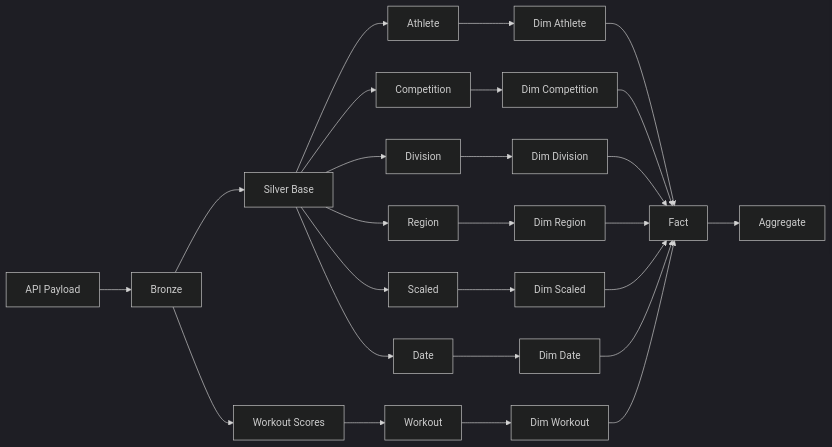
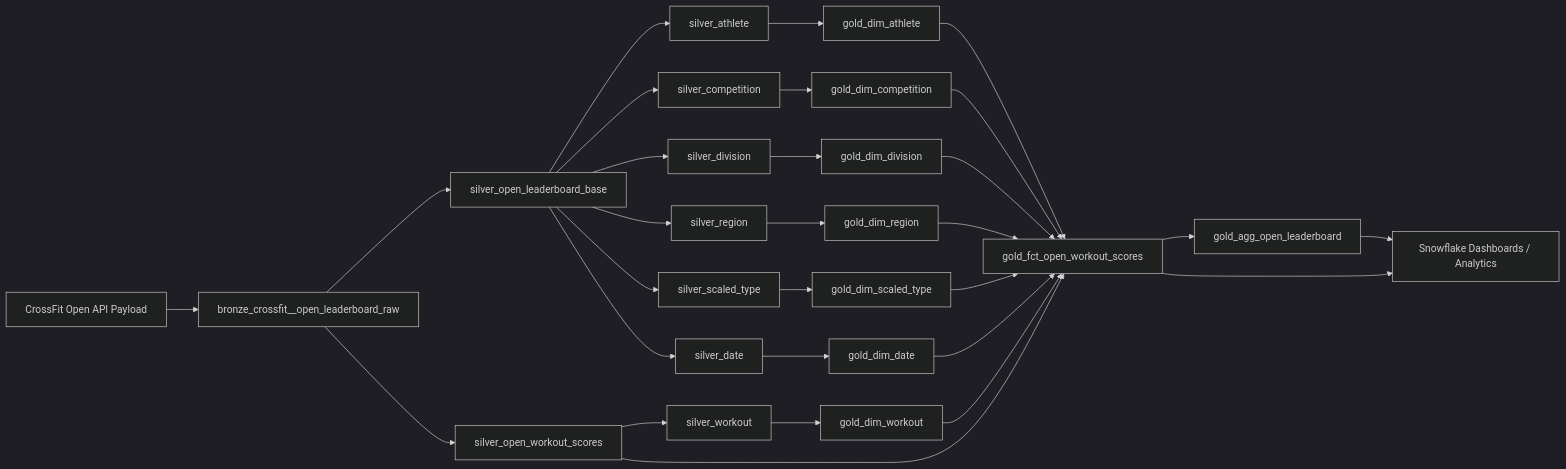
The diagram in dbt/crossfit/README.md (mdodom2/crossfit-open-analytics), drawn with Mermaid (dark theme) before and after one commit. The commit also changed other lines of this file, not shown here.

Commit message:
Update mermaid diagram / flowchart for visualization.

````diff
--- a/dbt/crossfit/README.md
+++ b/dbt/crossfit/README.md
@@ -42,33 +43,64 @@
 ```mermaid
 flowchart LR
-A[API Payload] --> B[Bronze]
 
-B --> C1[Silver Base]
-C1 --> C2[Athlete]
-C1 --> C3[Competition]
-C1 --> C4[Division]
-C1 --> C5[Region]
-C1 --> C6[Scaled]
-C1 --> C7[Date]
+A[CrossFit Open API Payload]
+B[bronze_crossfit__open_leaderboard_raw]
 
-B --> C8[Workout Scores]
-C8 --> C9[Workout]
+SB[silver_open_leaderboard_base]
+SS[silver_open_workout_scores]
 
-C2 --> D1[Dim Athlete]
-C3 --> D2[Dim Competition]
-C4 --> D3[Dim Division]
-C5 --> D4[Dim Region]
-C6 --> D5[Dim Scaled]
-C7 --> D6[Dim Date]
-C9 --> D7[Dim Workout]
+SA[silver_athlete]
+SC[silver_competition]
+SDIV[silver_division]
+SR[silver_region]
+SST[silver_scaled_type]
+SDATE[silver_date]
+SW[silver_workout]
 
-D1 --> E[Fact]
-D2 --> E
-D3 --> E
-D4 --> E
-D5 --> E
-D6 --> E
-D7 --> E
+GDA[gold_dim_athlete]
+GDC[gold_dim_competition]
+GDDIV[gold_dim_division]
+GDR[gold_dim_region]
+GDST[gold_dim_scaled_type]
+GDDATE[gold_dim_date]
+GDW[gold_dim_workout]
 
-E --> F[Aggregate]
+GF[gold_fct_open_workout_scores]
+GA[gold_agg_open_leaderboard]
+DASH[Snowflake Dashboards / Analytics]
+
+A --> B
+
+B --> SB
+B --> SS
+
+SB --> SA
+SB --> SC
+SB --> SDIV
+SB --> SR
+SB --> SST
+SB --> SDATE
+
+SS --> SW
+
+SA --> GDA
+SC --> GDC
+SDIV --> GDDIV
+SR --> GDR
+SST --> GDST
+SDATE --> GDDATE
+SW --> GDW
+
+SS --> GF
+GDA --> GF
+GDC --> GF
+GDDIV --> GF
+GDR --> GF
+GDST --> GF
+GDDATE --> GF
+GDW --> GF
+
+GF --> GA
+GF --> DASH
+GA --> DASH
 ```
````
